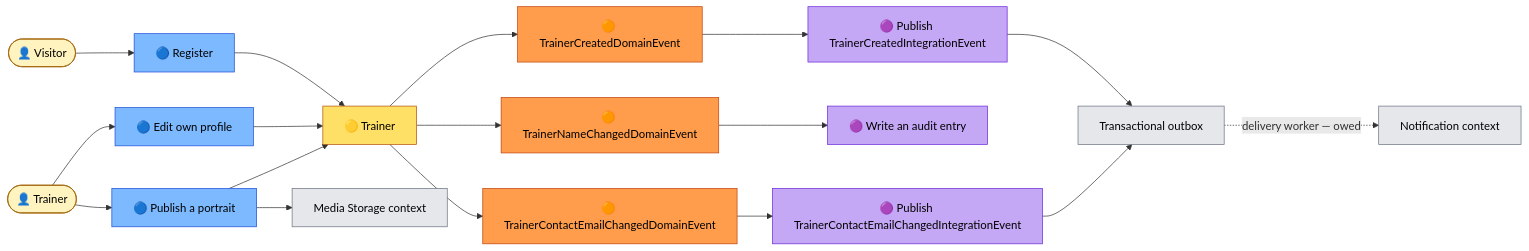
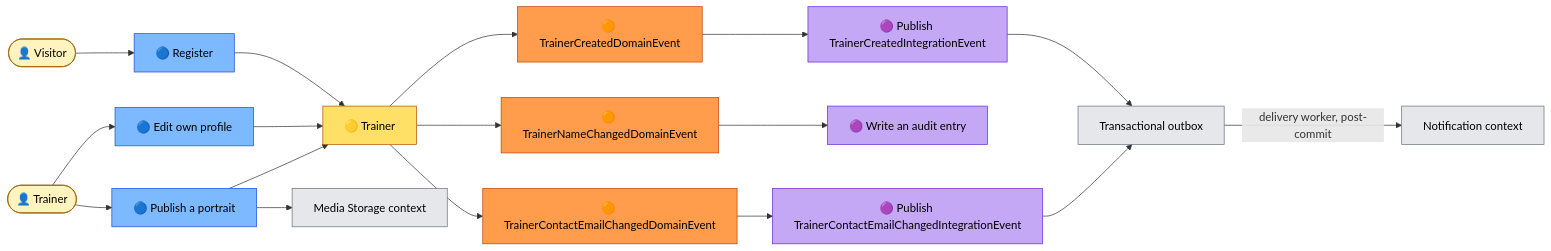
The first of 2 diagrams in docs/strategic-design/event-storming.md (maxime-poulain/BLRefactoring), drawn with Mermaid before and after one commit. The commit also changed other lines of this file and 31 other files, not shown here.

````diff
--- a/docs/strategic-design/event-storming.md
+++ b/docs/strategic-design/event-storming.md
@@ -36,35 +36,35 @@
 ```mermaid
 flowchart LR
     A1(["👤 Visitor"]) --> C1["🔵 Register"]
     C1 --> AG1["🟡 Trainer"]
     AG1 --> E1["🟠 TrainerCreatedDomainEvent"]
     E1 --> P1["🟣 Publish TrainerCreatedIntegrationEvent"]
     P1 --> OB["Transactional outbox"]
-    OB -.->|"delivery worker — owed"| X1["Notification context"]
+    OB -->|"delivery worker, post-commit"| X1["Notification context"]
 
     A2(["👤 Trainer"]) --> C2["🔵 Edit own profile"]
     C2 --> AG1
     AG1 --> E2["🟠 TrainerNameChangedDomainEvent"]
     AG1 --> E3["🟠 TrainerContactEmailChangedDomainEvent"]
     E2 --> P2["🟣 Write an audit entry"]
     E3 --> P3["🟣 Publish TrainerContactEmailChangedIntegrationEvent"]
     P3 --> OB
 
     A2 --> C3["🔵 Publish a portrait"]
     C3 --> AG1
     C3 --> X2["Media Storage context"]
 
     classDef event fill:#ff9d4d,stroke:#c2410c,color:#000
     classDef command fill:#7cb9ff,stroke:#1d4ed8,color:#000
     classDef aggregate fill:#ffe066,stroke:#b45309,color:#000
     classDef policy fill:#c4a7f5,stroke:#6d28d9,color:#000
     classDef actor fill:#fff3bf,stroke:#a16207,color:#000
     classDef external fill:#e5e7eb,stroke:#6b7280,color:#000
 
     class E1,E2,E3 event
     class C1,C2,C3 command
     class AG1 aggregate
     class P1,P2,P3 policy
     class A1,A2 actor
     class X1,X2,OB external
 ```
````
